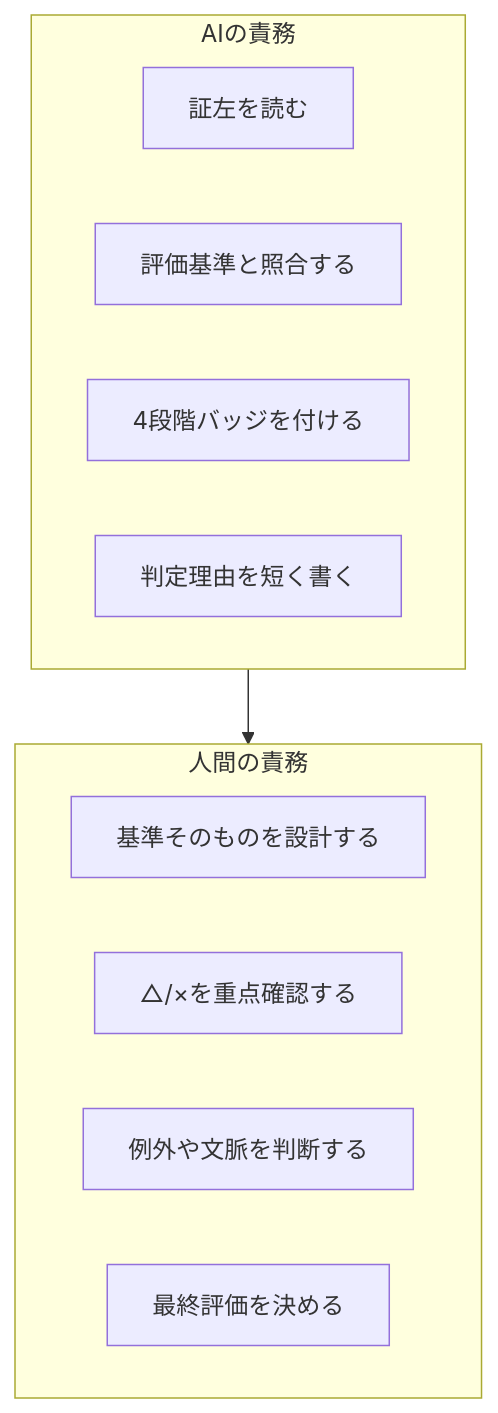
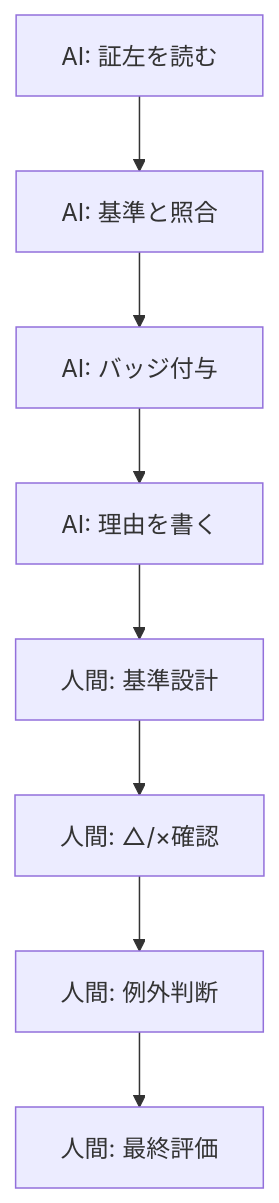
One commit to fuzzy31u/zenn-content changed the second of 2 diagrams in articles/ai-evidence-judgment.md. Above: the diagram before and after it, drawn with Mermaid. The commit also changed other lines of this file, not shown here.

````diff
--- a/articles/ai-evidence-judgment.md
+++ b/articles/ai-evidence-judgment.md
@@ -323,18 +319,13 @@
 ```mermaid
 flowchart TB
-  subgraph AI["AIの責務"]
-    A1["証左を読む"]
-    A2["評価基準と照合する"]
-    A3["4段階バッジを付ける"]
-    A4["判定理由を短く書く"]
-  end
+  A1["AI: 証左を読む"]
+  A2["AI: 基準と照合"]
+  A3["AI: バッジ付与"]
+  A4["AI: 理由を書く"]
+  H1["人間: 基準設計"]
+  H2["人間: △/×確認"]
+  H3["人間: 例外判断"]
+  H4["人間: 最終評価"]
 
-  subgraph Human["人間の責務"]
-    H1["基準そのものを設計する"]
-    H2["△/×を重点確認する"]
-    H3["例外や文脈を判断する"]
-    H4["最終評価を決める"]
-  end
-
-  AI --> Human
+  A1 --> A2 --> A3 --> A4 --> H1 --> H2 --> H3 --> H4
 ```
````
